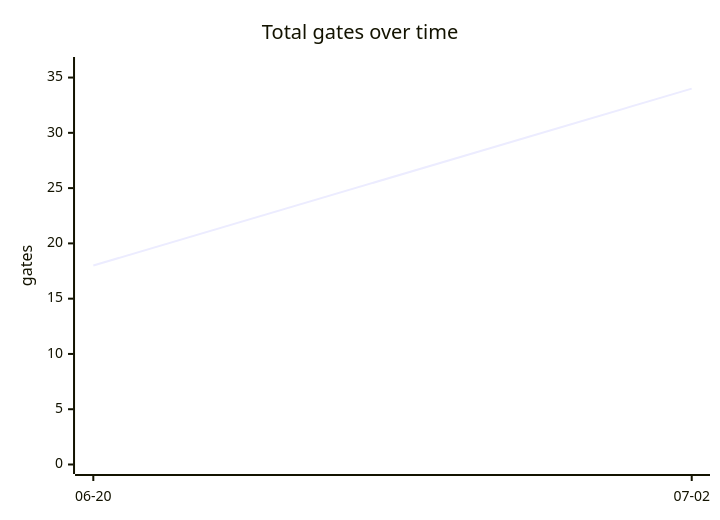
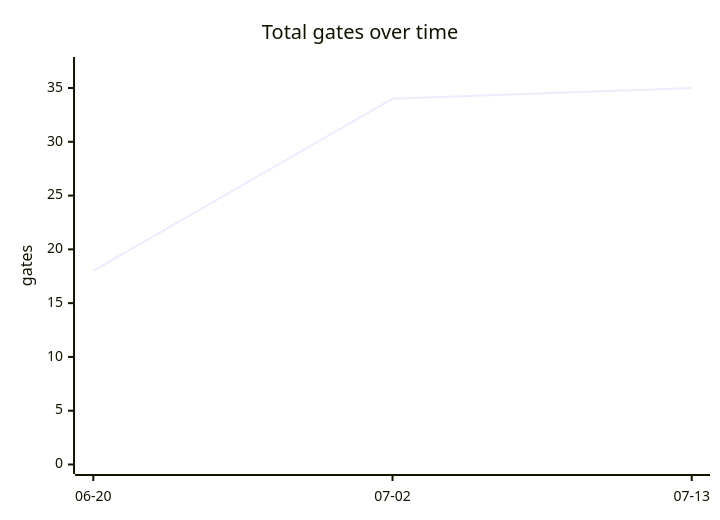
The third of 4 diagrams in docs/harness-status.md (Yos-K/gatecrate), drawn with Mermaid before and after one commit. The commit also changed other lines of this file and 1 other file, not shown here.

````diff
--- a/docs/harness-status.md
+++ b/docs/harness-status.md
@@ -37,7 +37,7 @@
 ```mermaid
 xychart-beta
     title "Total gates over time"
-    x-axis ["06-20", "07-02"]
-    y-axis "gates" 0 --> 36
-    line [18, 34]
+    x-axis ["06-20", "07-02", "07-13"]
+    y-axis "gates" 0 --> 37
+    line [18, 34, 35]
 ```
````
